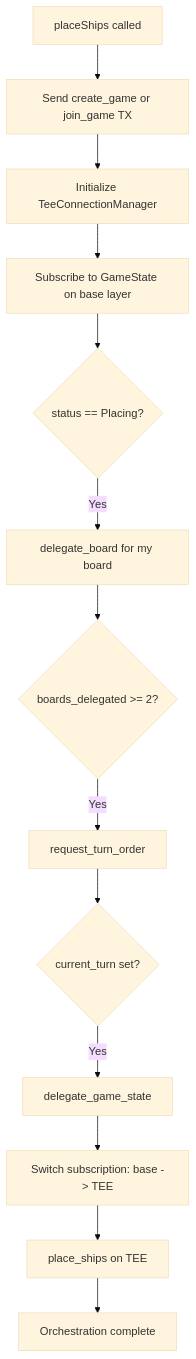
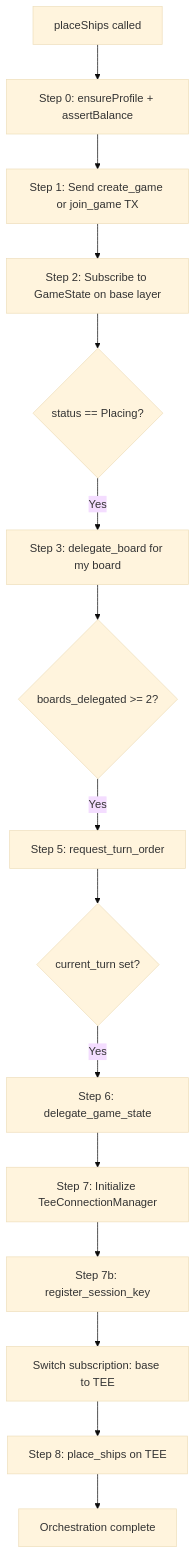
Before and after one commit to Andy00L/private-battleship: the third of 4 diagrams in app/README.md, drawn with Mermaid (base theme). The commit also changed other lines of this file and 21 other files, not shown here.

Commit message:
feat: session keys, auto-settle/claim, SVG ships, debug logging, edge cases

````diff
--- a/app/README.md
+++ b/app/README.md
@@ -135,15 +167,17 @@
 ```mermaid
 flowchart TD
-    START[placeShips called] --> TX[Send create_game or join_game TX]
-    TX --> INIT_TEE[Initialize TeeConnectionManager]
-    INIT_TEE --> SUB_BASE[Subscribe to GameState on base layer]
+    START[placeShips called] --> PROFILE[Step 0: ensureProfile + assertBalance]
+    PROFILE --> TX[Step 1: Send create_game or join_game TX]
+    TX --> SUB_BASE[Step 2: Subscribe to GameState on base layer]
     SUB_BASE --> WAIT_PLACING{status == Placing?}
-    WAIT_PLACING -->|Yes| DEL_BOARD[delegate_board for my board]
+    WAIT_PLACING -->|Yes| DEL_BOARD[Step 3: delegate_board for my board]
     DEL_BOARD --> WAIT_BOARDS{boards_delegated >= 2?}
-    WAIT_BOARDS -->|Yes| VRF_REQ[request_turn_order]
+    WAIT_BOARDS -->|Yes| VRF_REQ[Step 5: request_turn_order]
     VRF_REQ --> WAIT_TURN{current_turn set?}
-    WAIT_TURN -->|Yes| DEL_GS[delegate_game_state]
-    DEL_GS --> SWITCH_SUB[Switch subscription: base -> TEE]
-    SWITCH_SUB --> PLACE_TEE[place_ships on TEE]
+    WAIT_TURN -->|Yes| DEL_GS[Step 6: delegate_game_state]
+    DEL_GS --> INIT_TEE[Step 7: Initialize TeeConnectionManager]
+    INIT_TEE --> SESSION[Step 7b: register_session_key]
+    SESSION --> SWITCH_SUB[Switch subscription: base to TEE]
+    SWITCH_SUB --> PLACE_TEE[Step 8: place_ships on TEE]
     PLACE_TEE --> DONE[Orchestration complete]
 ```
````
